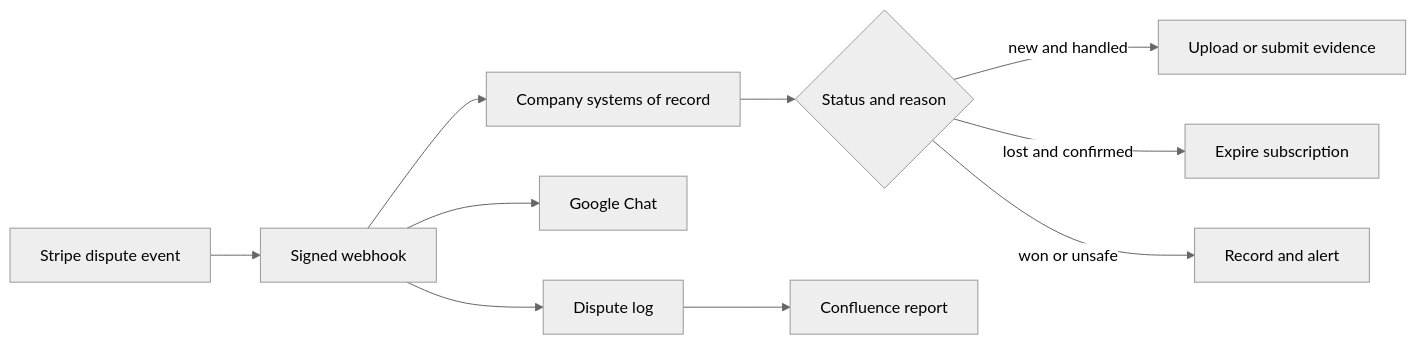
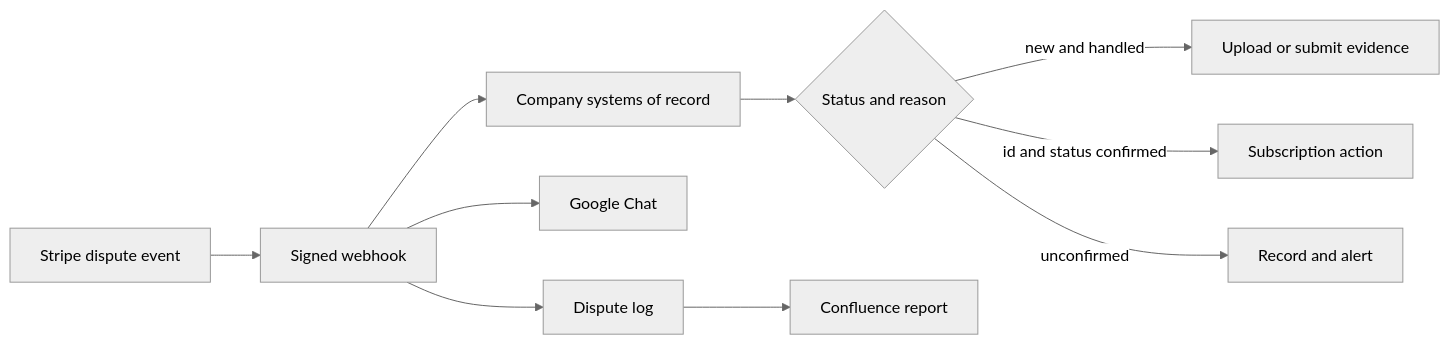
One commit to spinxara/dispute-management-case-study changed the first of 2 diagrams in README.md. Above: the diagram before and after it, drawn with Mermaid (neutral theme). The commit also changed other lines of this file, not shown here.

````diff
--- a/README.md
+++ b/README.md
@@ -42,12 +42,12 @@
 ```mermaid
 flowchart LR
   Stripe[Stripe dispute event] --> Webhook[Signed webhook]
   Webhook --> Enrich[Company systems of record]
   Enrich --> Decision{Status and reason}
   Decision -->|new and handled| Evidence[Upload or submit evidence]
-  Decision -->|lost and confirmed| Expire[Expire subscription]
-  Decision -->|won or unsafe| Record[Record and alert]
+  Decision -->|id and status confirmed| Account[Subscription action]
+  Decision -->|unconfirmed| Record[Record and alert]
   Webhook --> Chat[Google Chat]
   Webhook --> Log[Dispute log]
   Log --> Report[Confluence report]
 ```
````
